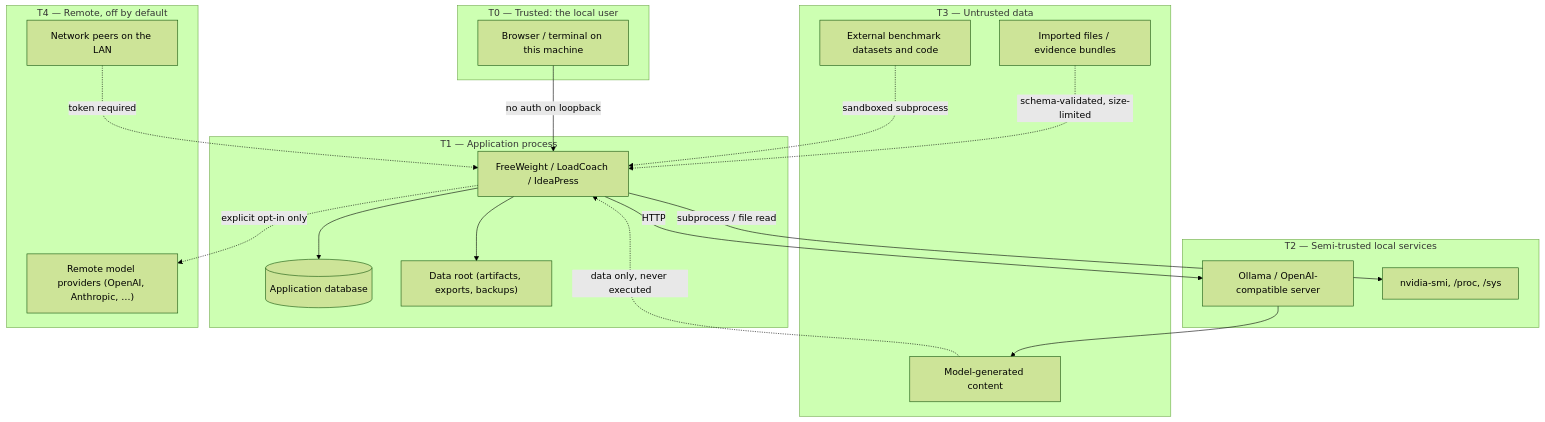
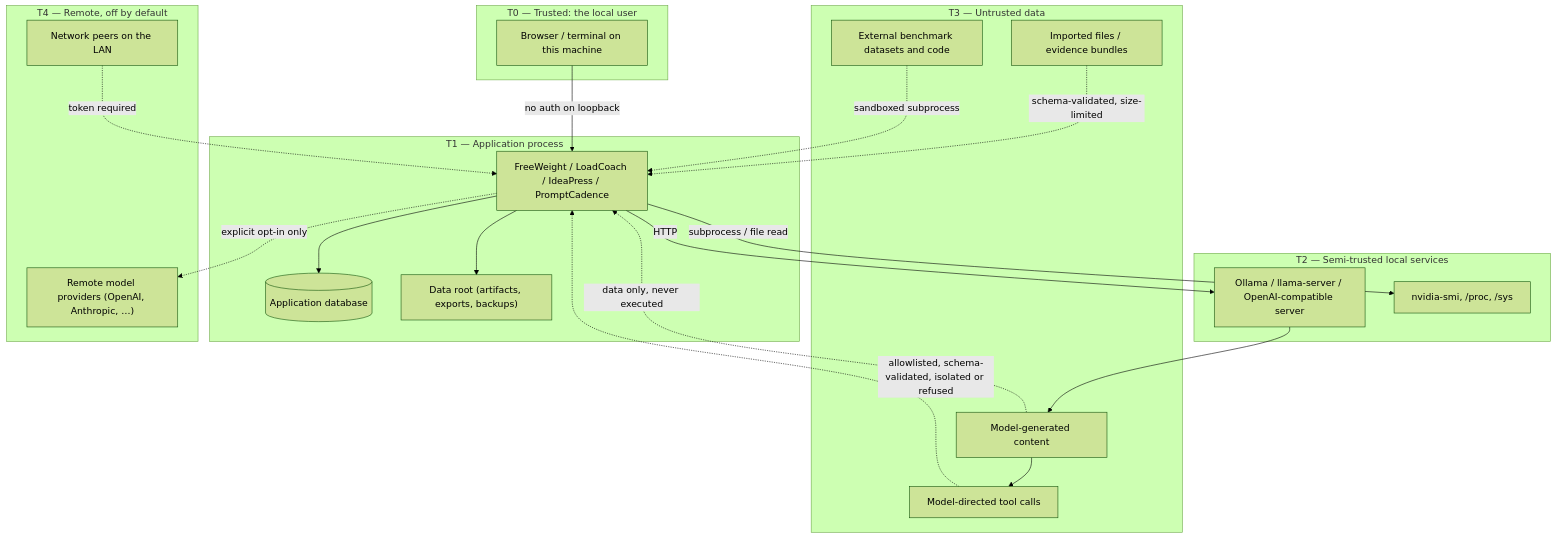
The diagram in standards/security-standards.md (JPKell/OpenWeight-Gym), drawn with Mermaid (forest theme) before and after one commit. The commit also changed other lines of this file and 2 other files, not shown here.

````diff
--- a/standards/security-standards.md
+++ b/standards/security-standards.md
@@ -11,35 +11,38 @@
 ```mermaid
 graph TD
     subgraph T0["T0 — Trusted: the local user"]
         U["Browser / terminal on this machine"]
     end
     subgraph T1["T1 — Application process"]
-        APP["FreeWeight / LoadCoach / IdeaPress"]
+        APP["FreeWeight / LoadCoach / IdeaPress / PromptCadence"]
         DB[("Application database")]
         FSD["Data root (artifacts, exports, backups)"]
     end
     subgraph T2["T2 — Semi-trusted local services"]
-        OL["Ollama / OpenAI-compatible server"]
+        OL["Ollama / llama-server / OpenAI-compatible server"]
         NS["nvidia-smi, /proc, /sys"]
     end
     subgraph T3["T3 — Untrusted data"]
         GEN["Model-generated content"]
         IMP["Imported files / evidence bundles"]
         EXT["External benchmark datasets and code"]
+        TOOL["Model-directed tool calls"]
     end
     subgraph T4["T4 — Remote, off by default"]
         REM["Remote model providers (OpenAI, Anthropic, …)"]
         NET["Network peers on the LAN"]
     end
 
     U -->|no auth on loopback| APP
     NET -.->|token required| APP
     APP --> DB & FSD
     APP -->|HTTP| OL
     APP -->|subprocess / file read| NS
     OL --> GEN
     GEN -.->|data only, never executed| APP
     IMP -.->|schema-validated, size-limited| APP
     EXT -.->|sandboxed subprocess| APP
+    GEN --> TOOL
+    TOOL -.->|allowlisted, schema-validated, isolated or refused| APP
     APP -.->|explicit opt-in only| REM
 ```
````
